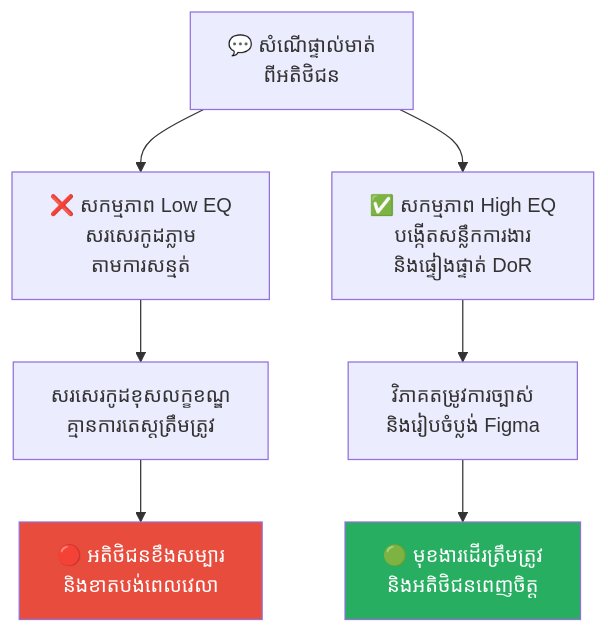
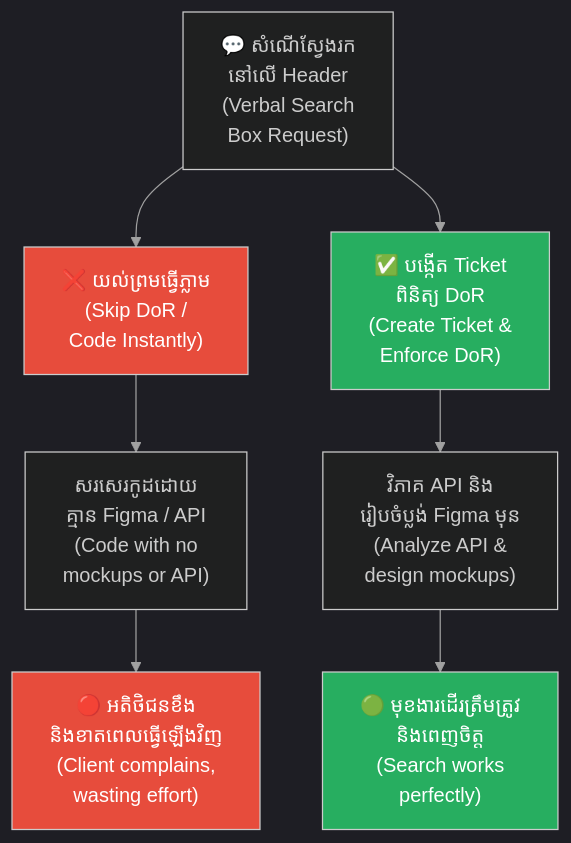
The second of 6 diagrams in feeds/concepts/articles/11-dor-and-dod-scrum-contracts.md (GuideStack/iblogger-feeds), drawn with Mermaid before and after one commit. The commit also changed other lines of this file, not shown here.

Commit message:
docs: upgrade 11-dor-and-dod-scrum-contracts.md to bilingual layout and styled diagrams

````diff
--- a/feeds/concepts/articles/11-dor-and-dod-scrum-contracts.md
+++ b/feeds/concepts/articles/11-dor-and-dod-scrum-contracts.md
@@ -87,14 +128,25 @@
 ```mermaid
+%%{init: {
+  'theme': 'dark',
+  'themeVariables': {
+    'background': '#1e1e1e',
+    'primaryTextColor': '#ffffff',
+    'lineColor': '#a0a0a0'
+  },
+  'themeCSS': 'svg { background-color: #1e1e1e !important; padding: 1rem !important; border-radius: 8px !important; } .edgeLabel rect { fill: #1e1e1e !important; } text, tspan { fill: #ffffff !important; }'
+}}%%
 graph TD
-    A["💬 សំណើផ្ទាល់មាត់<br/>ពីអតិថិជន"] --> B["❌ សកម្មភាព Low EQ<br/>សរសេរកូដភ្លាម<br/>តាមការសន្មត់"]
-    A --> C["✅ សកម្មភាព High EQ<br/>បង្កើតសន្លឹកការងារ<br/>និងផ្ទៀងផ្ទាត់ DoR"]
-    
-    B --> D["សរសេរកូដខុសលក្ខខណ្ឌ<br/>គ្មានការតេស្តត្រឹមត្រូវ"]
-    D --> E["🔴 អតិថិជនខឹងសម្បារ<br/>និងខាតបង់ពេលវេលា"]
-    
-    C --> F["វិភាគតម្រូវការច្បាស់<br/>និងរៀបចំប្លង់ Figma"]
-    F --> G["🟢 មុខងារដើរត្រឹមត្រូវ<br/>និងអតិថិជនពេញចិត្ត"]
+    A["💬 សំណើស្វែងរក<br/>នៅលើ Header<br/>(Verbal Search<br/>Box Request)"] --> B1["❌ យល់ព្រមធ្វើភ្លាម<br/>(Skip DoR /<br/>Code Instantly)"]
+    A --> B2["✅ បង្កើត Ticket<br/>ពិនិត្យ DoR<br/>(Create Ticket &<br/>Enforce DoR)"]
 
-    style E fill:#e74c3c,color:#fff
-    style G fill:#27ae60,color:#fff
+    B1 --> C1["សរសេរកូដដោយ<br/>គ្មាន Figma / API<br/>(Code with no<br/>mockups or API)"]
+    C1 --> D1["🔴 អតិថិជនខឹង<br/>និងខាតពេលធ្វើឡើងវិញ<br/>(Client complains,<br/>wasting effort)"]
+
+    B2 --> C2["វិភាគ API និង<br/>រៀបចំប្លង់ Figma មុន<br/>(Analyze API &<br/>design mockups)"]
+    C2 --> D2["🟢 មុខងារដើរត្រឹមត្រូវ<br/>និងពេញចិត្ត<br/>(Search works<br/>perfectly)"]
+
+    style B1 fill:#e74c3c,color:#fff
+    style B2 fill:#27ae60,color:#fff
+    style D1 fill:#e74c3c,color:#fff
+    style D2 fill:#27ae60,color:#fff
 ```
````
